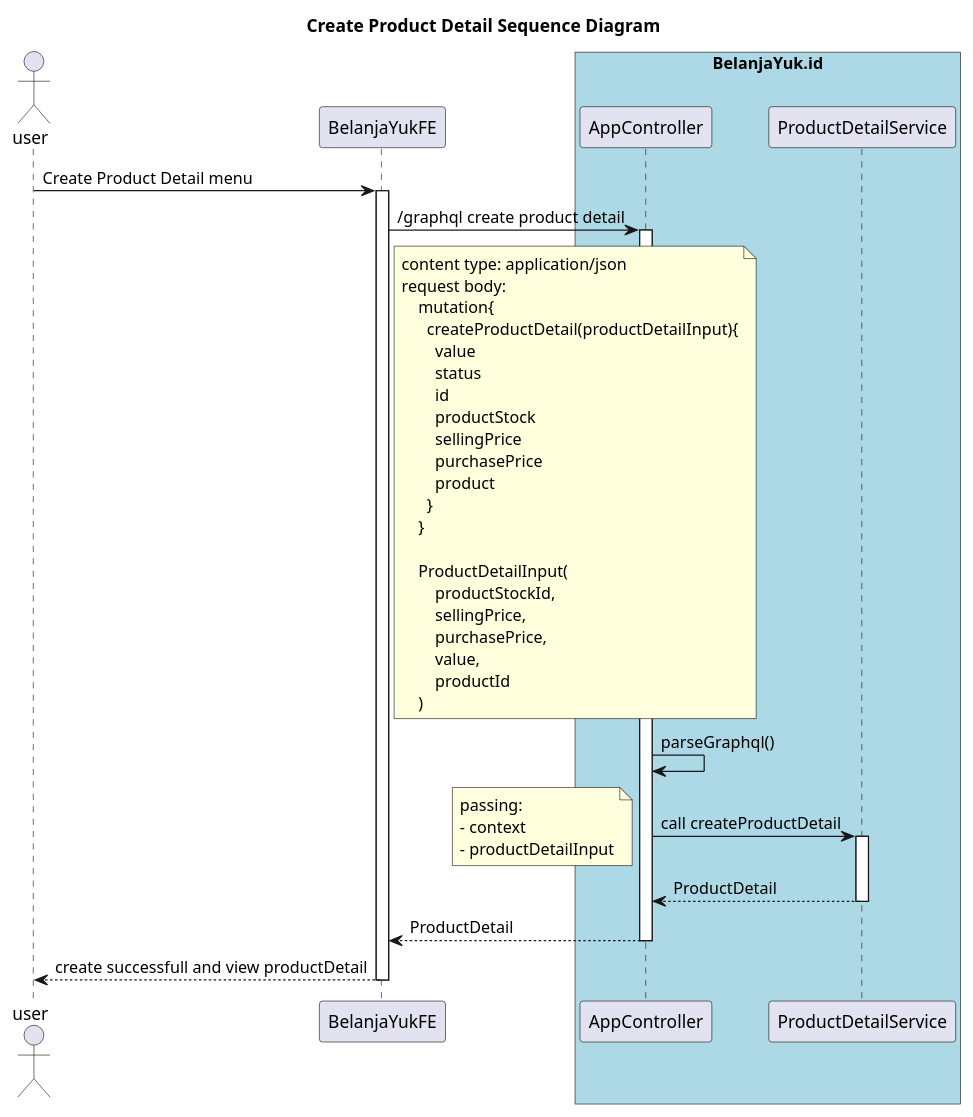
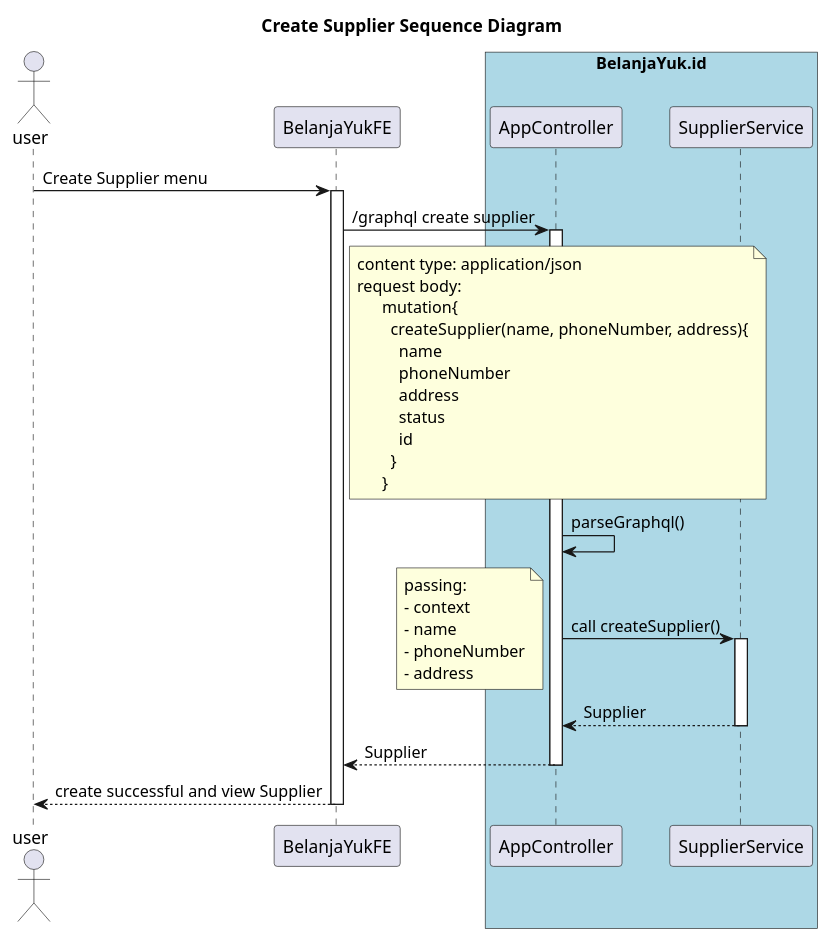
Before and after one commit to dedeandress/belanjayukid-be-services: the diagram in SA/sequencediagram/supplier/simple/CreateSupplier.puml, drawn with PlantUML. The commit also changed 14 other files, not shown here.

Commit message:
add diagram for SA

```diff
--- a/SA/sequencediagram/supplier/simple/CreateSupplier.puml
+++ b/SA/sequencediagram/supplier/simple/CreateSupplier.puml
@@ -1,45 +1,37 @@
 @startuml
-title: Create Product Detail Sequence Diagram
+title: Create Supplier Sequence Diagram
 actor user
 participant BelanjaYukFE
 box "BelanjaYuk.id" #LightBlue
 participant AppController
-participant ProductDetailService
+participant SupplierService
 end box
 
-user -> BelanjaYukFE ++ : Create Product Detail menu
-BelanjaYukFE -> AppController ++ : /graphql create product detail
+user -> BelanjaYukFE ++ : Create Supplier menu
+BelanjaYukFE -> AppController ++ : /graphql create supplier
     note right of BelanjaYukFE
     content type: application/json
     request body:
-        mutation{
-          createProductDetail(productDetailInput){
-            value
-            status
-            id
-            productStock
-            sellingPrice
-            purchasePrice
-            product
+          mutation{
+            createSupplier(name, phoneNumber, address){
+              name
+              phoneNumber
+              address
+              status
+              id
+            }
           }
-        }
-
-        ProductDetailInput(
-            productStockId,
-            sellingPrice,
-            purchasePrice,
-            value,
-            productId
-        )
     end note
 AppController -> AppController : parseGraphql()
-AppController -> ProductDetailService ++ : call createProductDetail
+AppController -> SupplierService ++ : call createSupplier()
     note left
     passing:
     - context
-    - productDetailInput
+    - name
+    - phoneNumber
+    - address
     end note
-ProductDetailService --> AppController --: ProductDetail
-AppController --> BelanjaYukFE -- : ProductDetail
-BelanjaYukFE --> user -- : create successfull and view productDetail
+SupplierService --> AppController --: Supplier
+AppController --> BelanjaYukFE -- : Supplier
+BelanjaYukFE --> user -- : create successful and view Supplier
 @enduml
```
